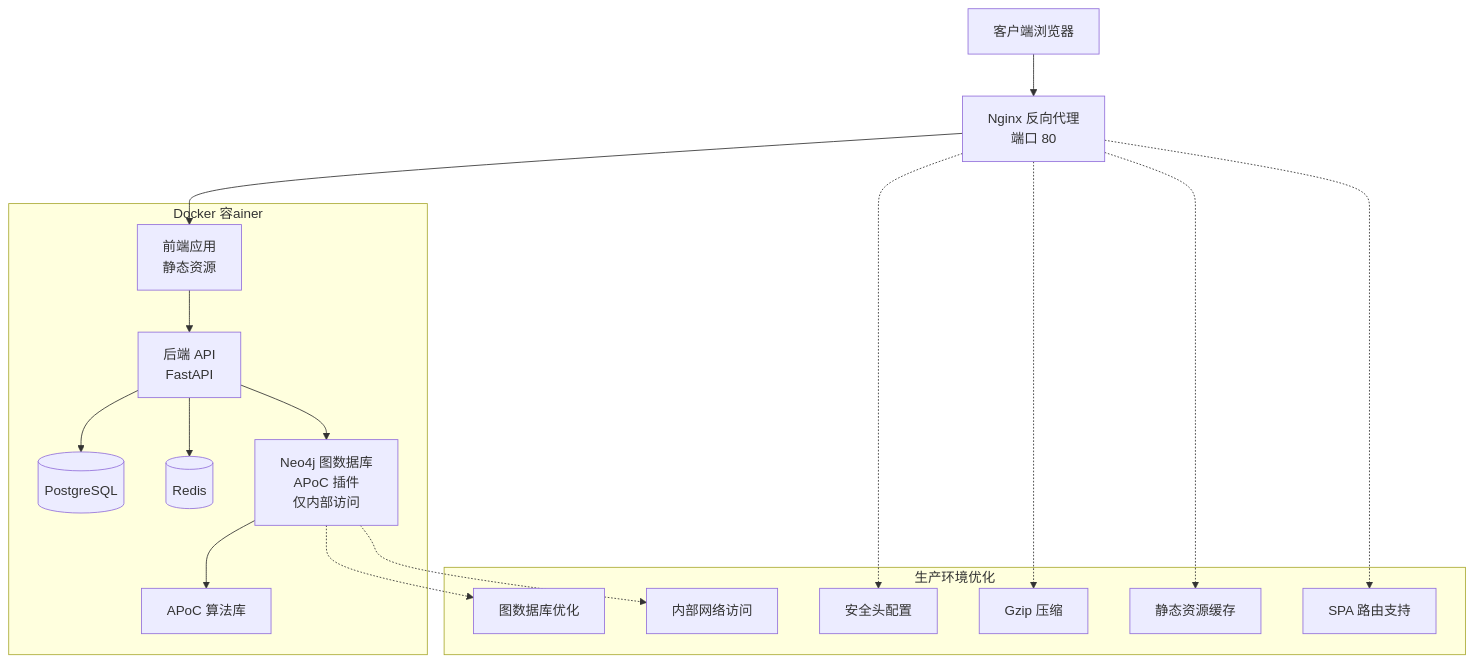
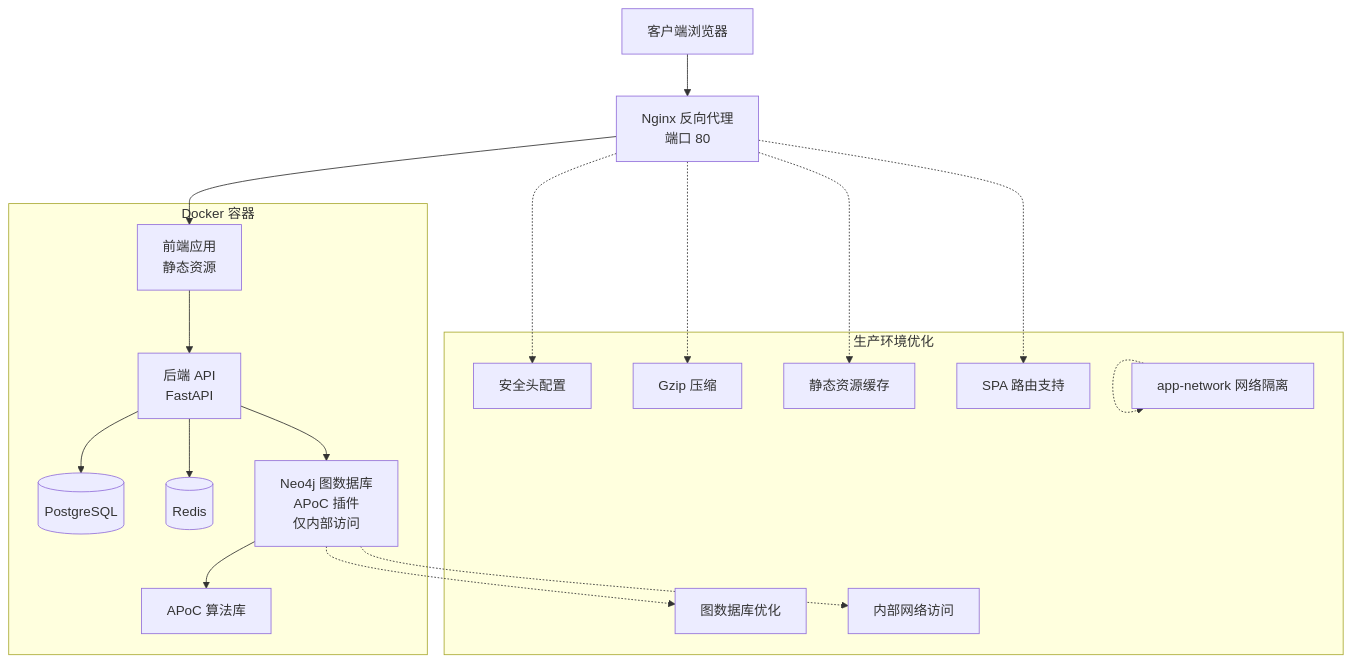
One commit to xfbyxq/ai-novel-system changed the second of 21 diagrams in .qoder/repowiki/zh/content/Docker Deployment.md. Above: the diagram before and after it, drawn with Mermaid. The commit also changed other lines of this file and 9 other files, not shown here.

First line of the commit message:
feat(core): 完善v2.1.0版本，新增Neo4j图数据库及多项智能功能

````diff
--- a/.qoder/repowiki/zh/content/Docker Deployment.md
+++ b/.qoder/repowiki/zh/content/Docker Deployment.md
@@ -235,32 +242,34 @@
 ```mermaid
 graph TD
 CLIENT[客户端浏览器] --> NGINX[Nginx 反向代理<br/>端口 80]
 NGINX --> FRONTEND[前端应用<br/>静态资源]
 FRONTEND --> BACKEND[后端 API<br/>FastAPI]
 BACKEND --> DB[(PostgreSQL)]
 BACKEND --> CACHE[(Redis)]
 BACKEND --> GRAPH_DB[Neo4j 图数据库<br/>APoC 插件<br/>仅内部访问]
 GRAPH_DB --> APOC[APoC 算法库]
-subgraph "Docker 容ainer"
+subgraph "Docker 容器"
 FRONTEND
 BACKEND
 DB
 CACHE
 GRAPH_DB
 APOC
 end
 subgraph "生产环境优化"
 SECURITY[安全头配置]
 GZIP[Gzip 压缩]
 CACHE_STATIC[静态资源缓存]
 SPA_ROUTING[SPA 路由支持]
 GRAPH_OPTIMIZATION[图数据库优化]
 INTERNAL_ACCESS[内部网络访问]
+APP_NETWORK[app-network 网络隔离]
 end
 NGINX -.-> SECURITY
 NGINX -.-> GZIP
 NGINX -.-> CACHE_STATIC
 NGINX -.-> SPA_ROUTING
 GRAPH_DB -.-> GRAPH_OPTIMIZATION
 GRAPH_DB -.-> INTERNAL_ACCESS
+APP_NETWORK -.-> APP_NETWORK
 ```
````
